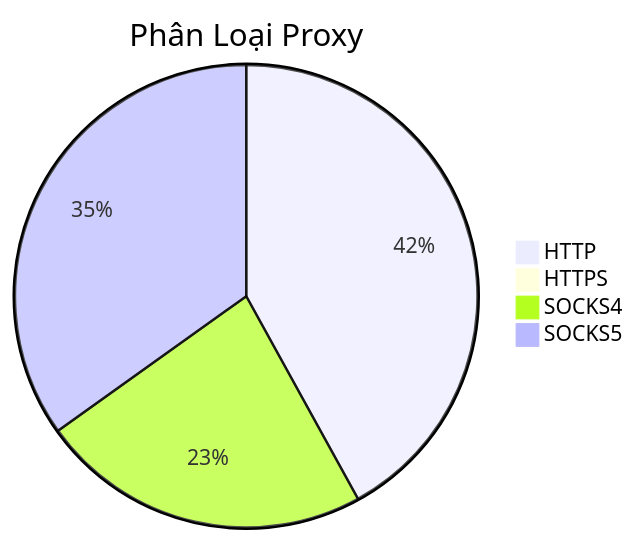
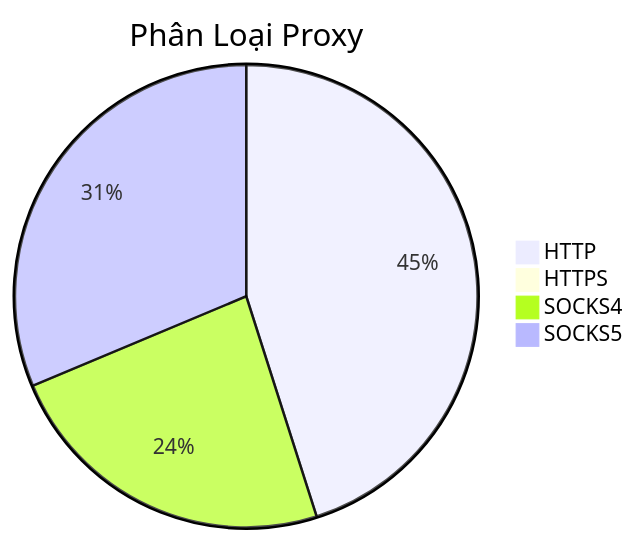
One commit to Ciara-12/PROXY-free changed the diagram in README.md. Above: the diagram before and after it, drawn with Mermaid. The commit also changed other lines of this file and 3 other files, not shown here.

````diff
--- a/README.md
+++ b/README.md
@@ -26,7 +26,7 @@
 ```mermaid
 pie title Phân Loại Proxy
-    "HTTP" : 437
+    "HTTP" : 508
     "HTTPS" : 0
-    "SOCKS4" : 241
-    "SOCKS5" : 363
+    "SOCKS4" : 266
+    "SOCKS5" : 353
 ```
````
